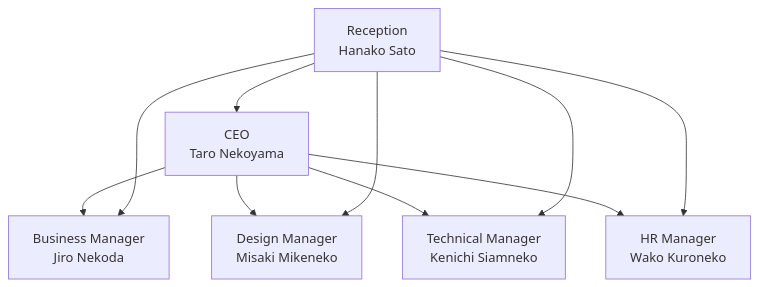
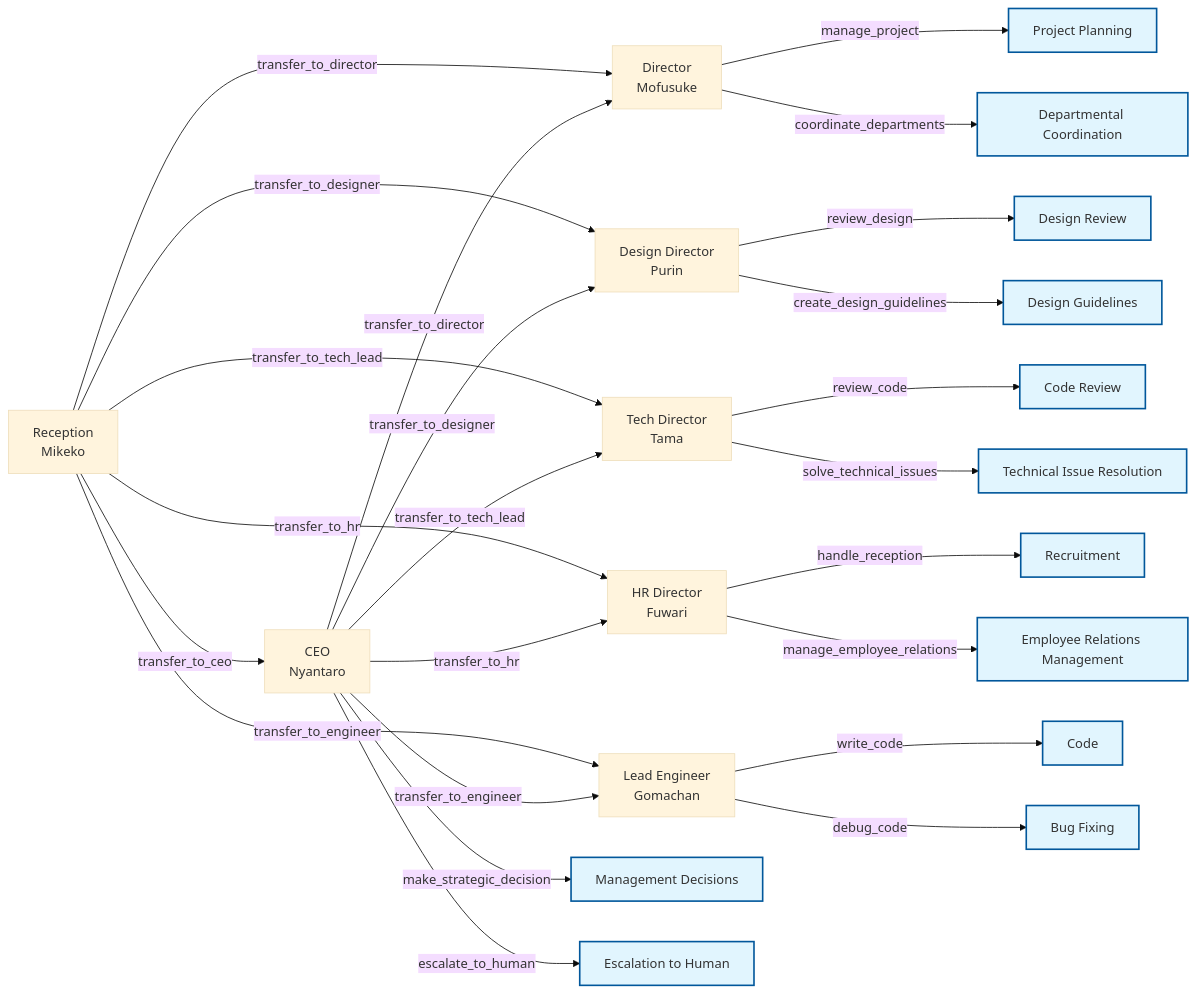
The diagram in docs/README.en.md (Sunwood-ai-labs/swarm-neko-neko-company), drawn with Mermaid before and after one commit. The commit also changed other lines of this file, not shown here.

````diff
--- a/docs/README.en.md
+++ b/docs/README.en.md
@@ -50,12 +58,38 @@
 ```mermaid
-graph TD
-    A[CEO<br>Taro Nekoyama] --> B[Business Manager<br>Jiro Nekoda]
-    A --> C[Design Manager<br>Misaki Mikeneko]
-    A --> D[Technical Manager<br>Kenichi Siamneko]
-    A --> E[HR Manager<br>Wako Kuroneko]
-    F[Reception<br>Hanako Sato] --> A
-    F --> B
-    F --> C
-    F --> D
-    F --> E
+%%{init: {'theme':'base'}}%%
+graph LR
+    A[CEO<br>Nyantaro] -->|transfer_to_director| B[Director<br>Mofusuke]
+    A -->|transfer_to_designer| C[Design Director<br>Purin]
+    A -->|transfer_to_tech_lead| D[Tech Director<br>Tama]
+    A -->|transfer_to_hr| E[HR Director<br>Fuwari]
+    A -->|transfer_to_engineer| F[Lead Engineer<br>Gomachan]
+    G[Reception<br>Mikeko] -->|transfer_to_ceo| A
+    G -->|transfer_to_director| B
+    G -->|transfer_to_designer| C
+    G -->|transfer_to_tech_lead| D
+    G -->|transfer_to_hr| E
+    G -->|transfer_to_engineer| F
+
+    %% 各エージェントの実行関数と成果
+    A -->|make_strategic_decision| S[Management Decisions]
+    A -->|escalate_to_human| H[Escalation to Human]
+    
+    B -->|manage_project| P[Project Planning]
+    B -->|coordinate_departments| CD[Departmental Coordination]
+    
+    C -->|review_design| RD[Design Review]
+    C -->|create_design_guidelines| DG[Design Guidelines]
+    
+    D -->|review_code| RC[Code Review]
+    D -->|solve_technical_issues| TI[Technical Issue Resolution]
+    
+    F -->|write_code| WC[Code]
+    F -->|debug_code| DC[Bug Fixing]
+    
+    E -->|handle_reception| R[Recruitment]
+    E -->|manage_employee_relations| ER[Employee Relations Management]
+
+    %% 成果物のスタイル
+    classDef result fill:#e1f5fe,stroke:#01579b,stroke-width:2px
+    class S,H,P,CD,RD,DG,RC,TI,WC,DC,R,ER result
 ```
````
